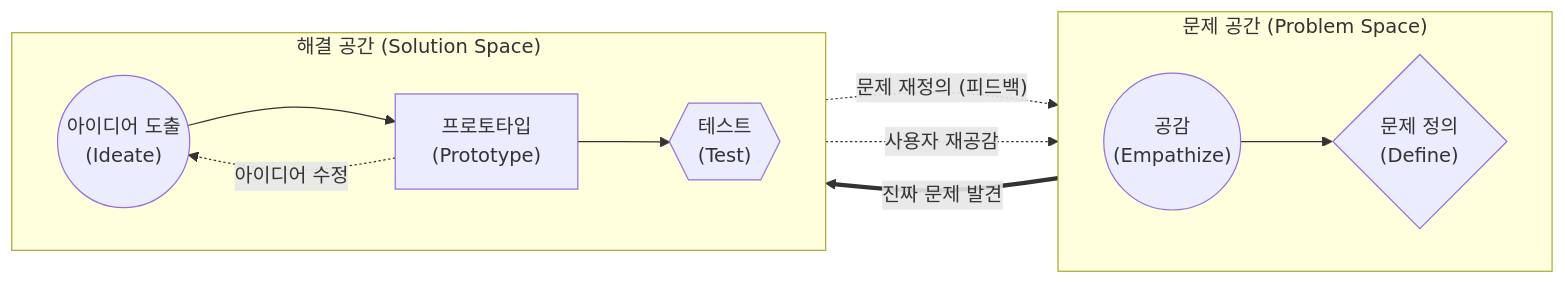
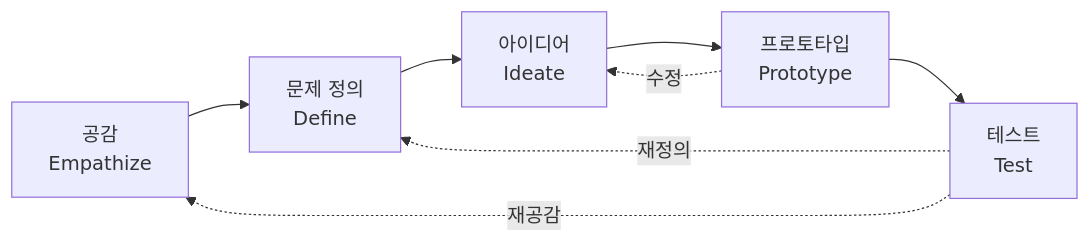
One commit to supremethumb/supremethumb.github.io changed the diagram in content/01_IT Tech/디자인 씽킹.md. Above: the diagram before and after it, drawn with Mermaid. The commit also changed other lines of this file and 1087 other files, not shown here.

````diff
--- a/content/01_IT Tech/디자인 씽킹.md
+++ b/content/01_IT Tech/디자인 씽킹.md
@@ -27,20 +34,7 @@
 ```mermaid
 flowchart LR
-    subgraph "문제 공간 (Problem Space)"
-        direction LR
-        E(("공감<br/>(Empathize)")) --> D{"문제 정의<br/>(Define)"}
-    end
-
-    subgraph "해결 공간 (Solution Space)"
-        direction LR
-        I(("아이디어 도출<br/>(Ideate)")) --> P["프로토타입<br/>(Prototype)"]
-        P --> T{{"테스트<br/>(Test)"}}
-    end
-
-    D ==>|"진짜 문제 발견"| I
-    
-    T -. "문제 재정의 (피드백)" .-> D
-    P -. "아이디어 수정" .-> I
-    T -. "사용자 재공감" .-> E
-
+    E["공감<br/>Empathize"] --> D["문제 정의<br/>Define"] --> I["아이디어<br/>Ideate"] --> P["프로토타입<br/>Prototype"] --> T["테스트<br/>Test"]
+    T -.->|"재정의"| D
+    T -.->|"재공감"| E
+    P -.->|"수정"| I
 ```
````
